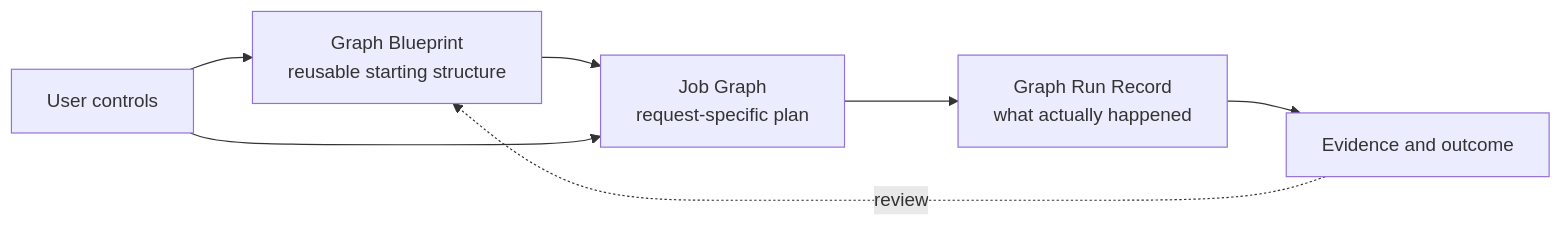
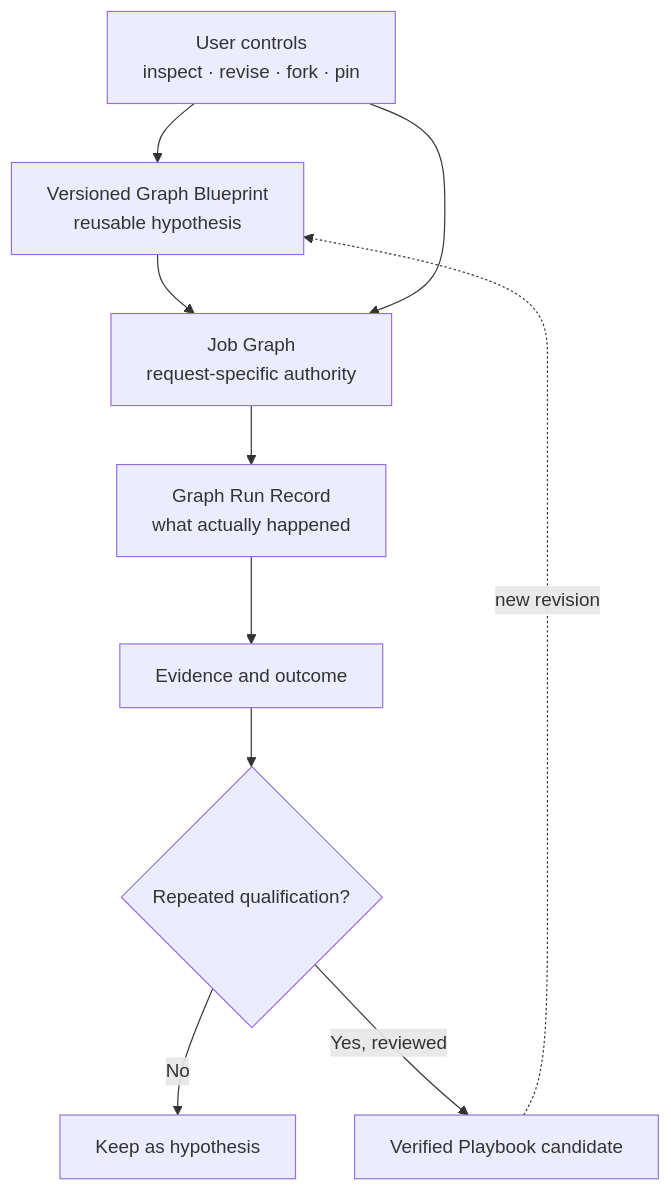
Before and after one commit to j6t22t4gy4-spec/noruct: the diagram in docs/en/05-governed-evolution-and-user-graphs.md, drawn with Mermaid. The commit also changed other lines of this file and 8 other files, not shown here.

````diff
--- a/docs/en/05-governed-evolution-and-user-graphs.md
+++ b/docs/en/05-governed-evolution-and-user-graphs.md
@@ -7,9 +7,12 @@
 ```mermaid
-flowchart LR
-  B[Graph Blueprint\nreusable starting structure] --> J[Job Graph\nrequest-specific plan]
-  J --> R[Graph Run Record\nwhat actually happened]
-  R --> E[Evidence and outcome]
-  E -. review .-> B
-  U[User controls] --> B
+flowchart TD
+  U["User controls\ninspect · revise · fork · pin"] --> B["Versioned Graph Blueprint\nreusable hypothesis"]
+  B --> J["Job Graph\nrequest-specific authority"]
+  J --> R["Graph Run Record\nwhat actually happened"]
+  R --> E["Evidence and outcome"]
+  E --> Q{"Repeated qualification?"}
+  Q -->|No| H["Keep as hypothesis"]
+  Q -->|Yes, reviewed| P["Verified Playbook candidate"]
+  P -. new revision .-> B
   U --> J
 ```
````
